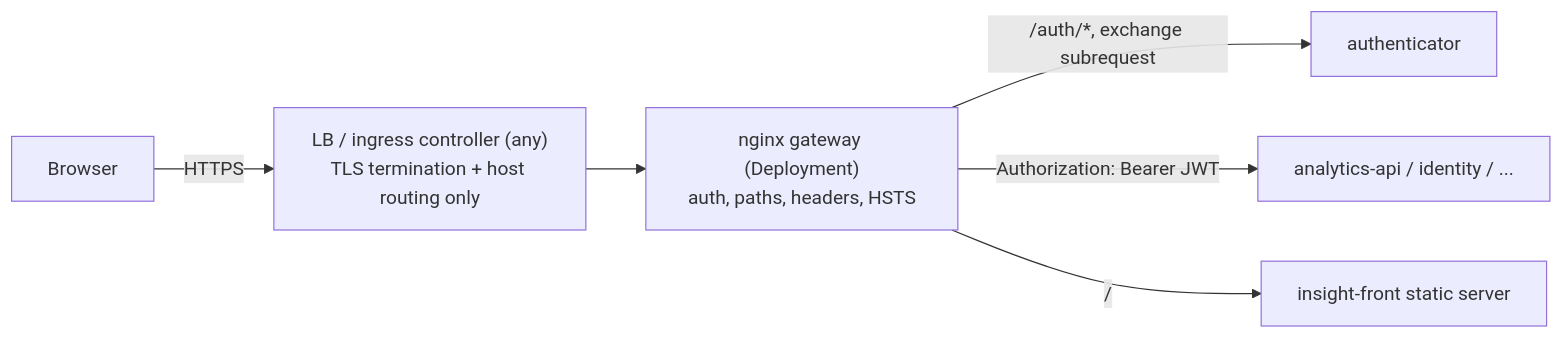
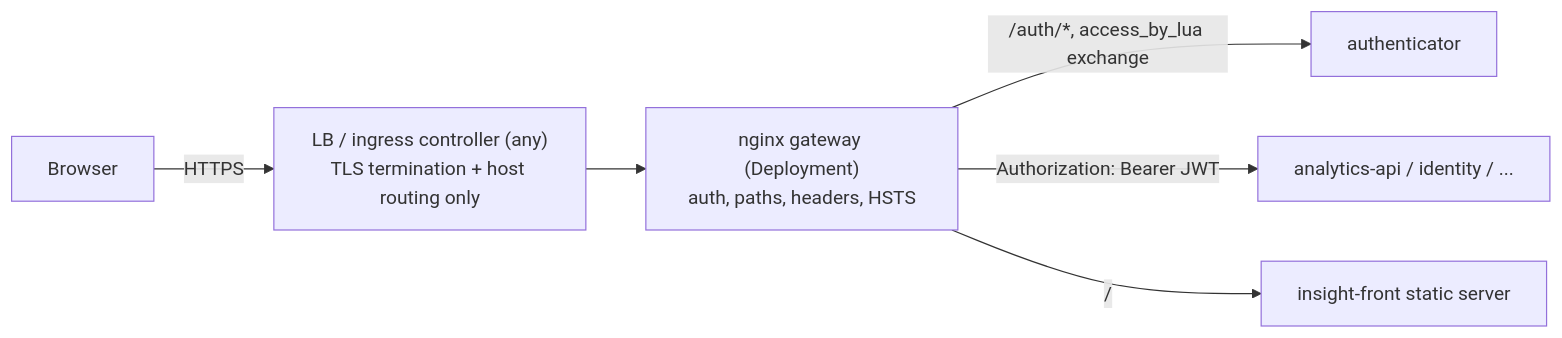
One commit to constructorfabric/insight changed the first of 3 diagrams in docs/components/backend/gateway/DESIGN.md. Above: the diagram before and after it, drawn with Mermaid. The commit also changed other lines of this file and 3 other files, not shown here.

````diff
--- a/docs/components/backend/gateway/DESIGN.md
+++ b/docs/components/backend/gateway/DESIGN.md
@@ -95,8 +95,8 @@
 ```mermaid
 graph LR
     B[Browser] -->|HTTPS| ING["LB / ingress controller (any)<br/>TLS termination + host routing only"]
     ING --> GW["nginx gateway (Deployment)<br/>auth, paths, headers, HSTS"]
-    GW -->|/auth/*, exchange subrequest| AUTH[authenticator]
+    GW -->|/auth/*, access_by_lua exchange| AUTH[authenticator]
     GW -->|"Authorization: Bearer JWT"| DS[analytics-api / identity / ...]
     GW -->|/| SPA[insight-front static server]
 ```
````
